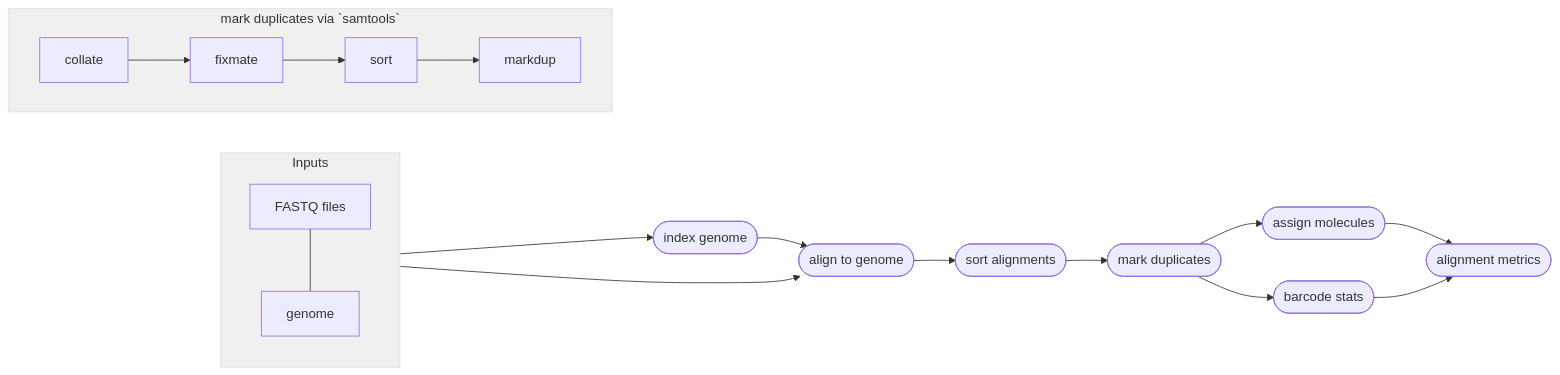
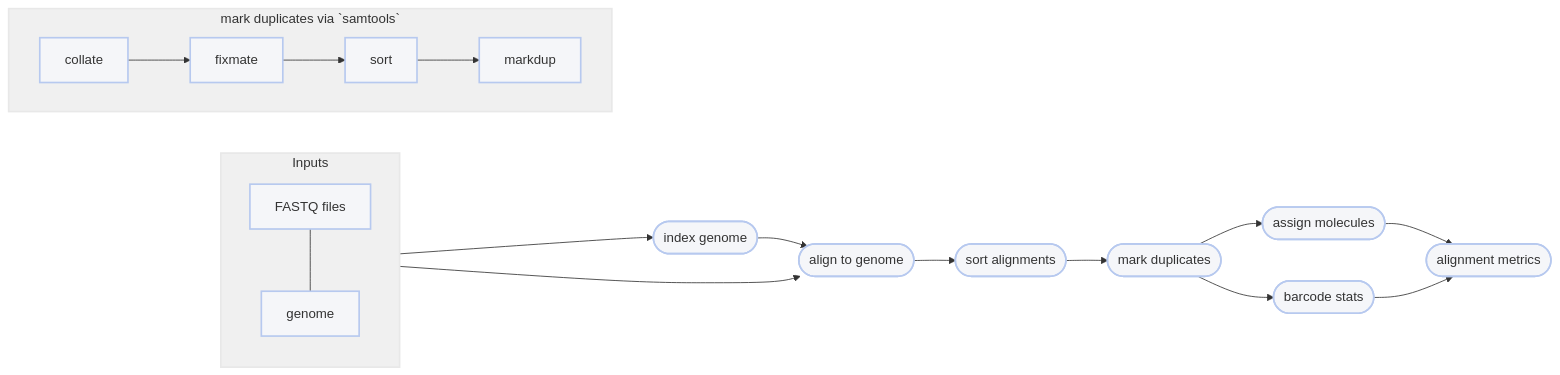
One commit to pdimens/harpy changed the diagram in Modules/Align/minimap.md. Above: the diagram before and after it, drawn with Mermaid. The commit also changed 11 other files, not shown here.

Commit message:
update all mermaids

````diff
--- a/Modules/Align/minimap.md
+++ b/Modules/Align/minimap.md
@@ -92,22 +92,23 @@
 ```mermaid
 graph LR
-    A([index genome]) --> B([align to genome])
-    B-->C([sort alignments])
-    C-->D([mark duplicates])
-    D-->E([assign molecules])
-    E-->F([alignment metrics])
-    D-->G([barcode stats])
+    A([index genome]):::clean --> B([align to genome]):::clean
+    B-->C([sort alignments]):::clean
+    C-->D([mark duplicates]):::clean
+    D-->E([assign molecules]):::clean
+    E-->F([alignment metrics]):::clean
+    D-->G([barcode stats]):::clean
     G-->F
     subgraph aln [Inputs]
-        Z[FASTQ files]---genome[genome]
+        Z[FASTQ files]:::clean---genome[genome]:::clean
     end
     aln-->B & A
     subgraph markdp [mark duplicates via `samtools`]
         direction LR
-        collate-->fixmate
-        fixmate-->sort
-        sort-->markdup
+        collate:::clean-->fixmate:::clean
+        fixmate-->sort:::clean
+        sort-->markdup:::clean
     end
     style markdp fill:#f0f0f0,stroke:#e8e8e8,stroke-width:2px
     style aln fill:#f0f0f0,stroke:#e8e8e8,stroke-width:2px
+    classDef clean fill:#f5f6f9,stroke:#b7c9ef,stroke-width:2px
 ```
````
